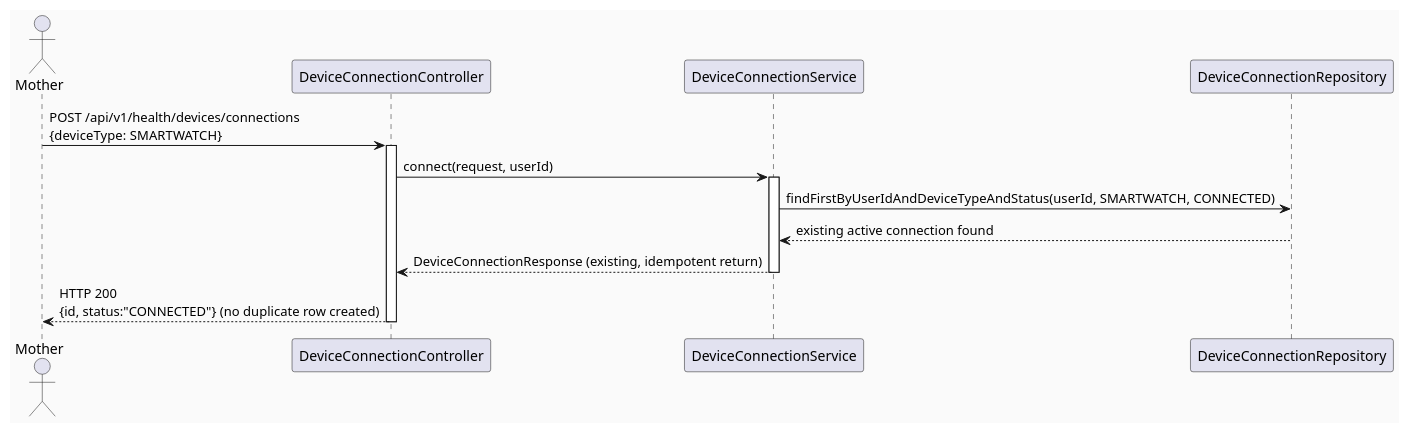
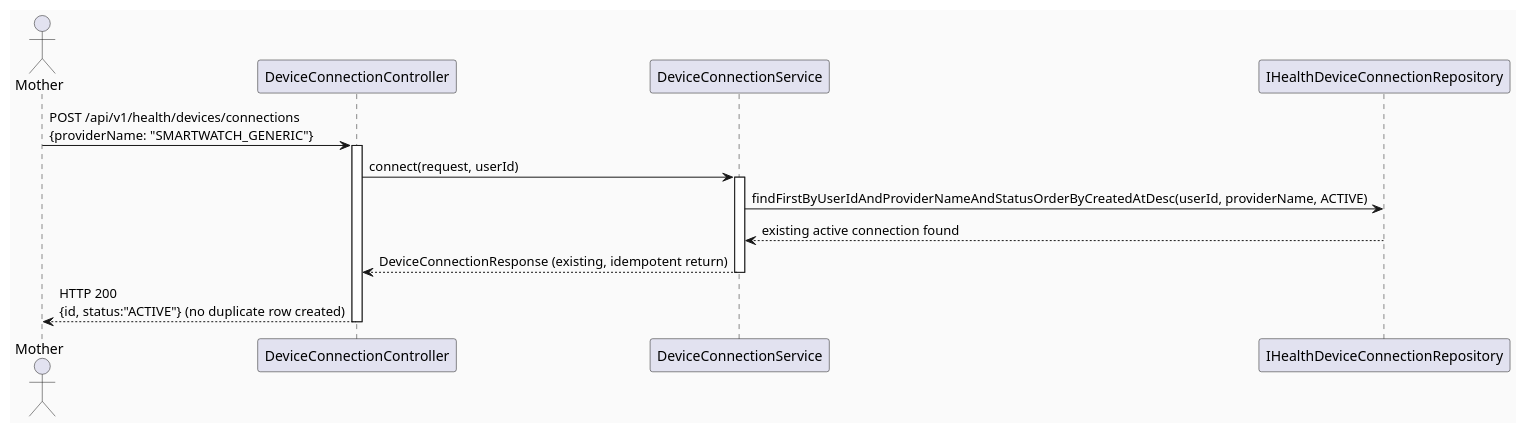
Before and after one commit to ChuongBDHE172784/CareBridge_SEP490_G79: the third of 5 diagrams in 04_Implement/UC66_ConnectHealthDevice/UC66_ConnectHealthDevice_TDS.md, drawn with PlantUML. The commit also changed other lines of this file and 95 other files, not shown here.

````diff
--- a/04_Implement/UC66_ConnectHealthDevice/UC66_ConnectHealthDevice_TDS.md
+++ b/04_Implement/UC66_ConnectHealthDevice/UC66_ConnectHealthDevice_TDS.md
@@ -394,20 +372,20 @@
 ```plantuml
 @startuml UC66_SequenceDiagram_AltPath_AlreadyConnected
 skinparam backgroundColor #FAFAFA
 actor "Mother" as Client
 participant "DeviceConnectionController" as Controller
 participant "DeviceConnectionService" as Service
-participant "DeviceConnectionRepository" as Repository
+participant "IHealthDeviceConnectionRepository" as Repository
 
-Client -> Controller : POST /api/v1/health/devices/connections\n{deviceType: SMARTWATCH}
+Client -> Controller : POST /api/v1/health/devices/connections\n{providerName: "SMARTWATCH_GENERIC"}
 activate Controller
 Controller -> Service : connect(request, userId)
 activate Service
-Service -> Repository : findFirstByUserIdAndDeviceTypeAndStatus(userId, SMARTWATCH, CONNECTED)
+Service -> Repository : findFirstByUserIdAndProviderNameAndStatusOrderByCreatedAtDesc(userId, providerName, ACTIVE)
 Repository --> Service : existing active connection found
 Service --> Controller : DeviceConnectionResponse (existing, idempotent return)
 deactivate Service
-Controller --> Client : HTTP 200\n{id, status:"CONNECTED"} (no duplicate row created)
+Controller --> Client : HTTP 200\n{id, status:"ACTIVE"} (no duplicate row created)
 deactivate Controller
 @enduml
 ```
````
